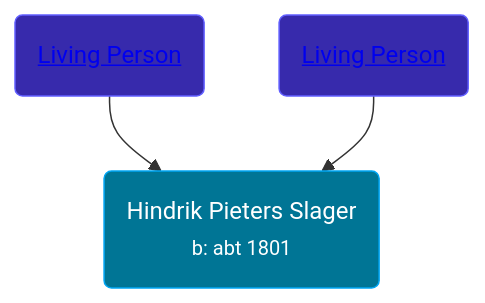
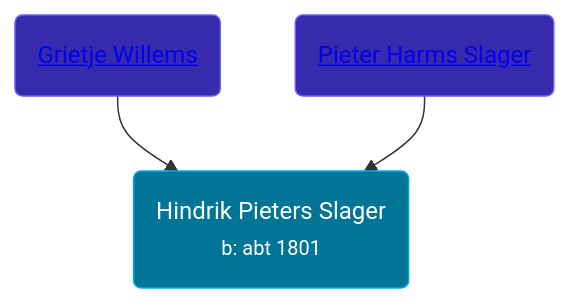
Before and after one commit to wpmgotkh/wpmgotkh.github.io: the diagram in pages/people/5/59390240.md, drawn with Mermaid. The commit also changed other lines of this file and 586 other files, not shown here.

Commit message:
feat: better shouldConsiderPersonLiving algo

````diff
--- a/pages/people/5/59390240.md
+++ b/pages/people/5/59390240.md
@@ -10,9 +10,9 @@
 ```mermaid
 graph
 classDef grands fill:#193cb8,stroke:#2b7fff,stroke-width:1px,color:#fff;
 classDef parents fill:#372aac,stroke:#615fff,stroke-width:1px,color:#fff;
 classDef primary fill:#007595,stroke:#00a6f4,stroke-width:1px,color:#fff;
 59390240(Hindrik Pieters Slager<br /><small>b: abt 1801</small>):::primary
-63361989(<a class="text-white" href="/people/6/63361989">Living Person</a>):::parents-->59390240
-21685798(<a class="text-white" href="/people/2/21685798">Living Person</a>):::parents-->59390240
+63361989(<a class="text-white" href="/people/6/63361989">Grietje Willems</a>):::parents-->59390240
+21685798(<a class="text-white" href="/people/2/21685798">Pieter Harms Slager</a>):::parents-->59390240
 ```
````
